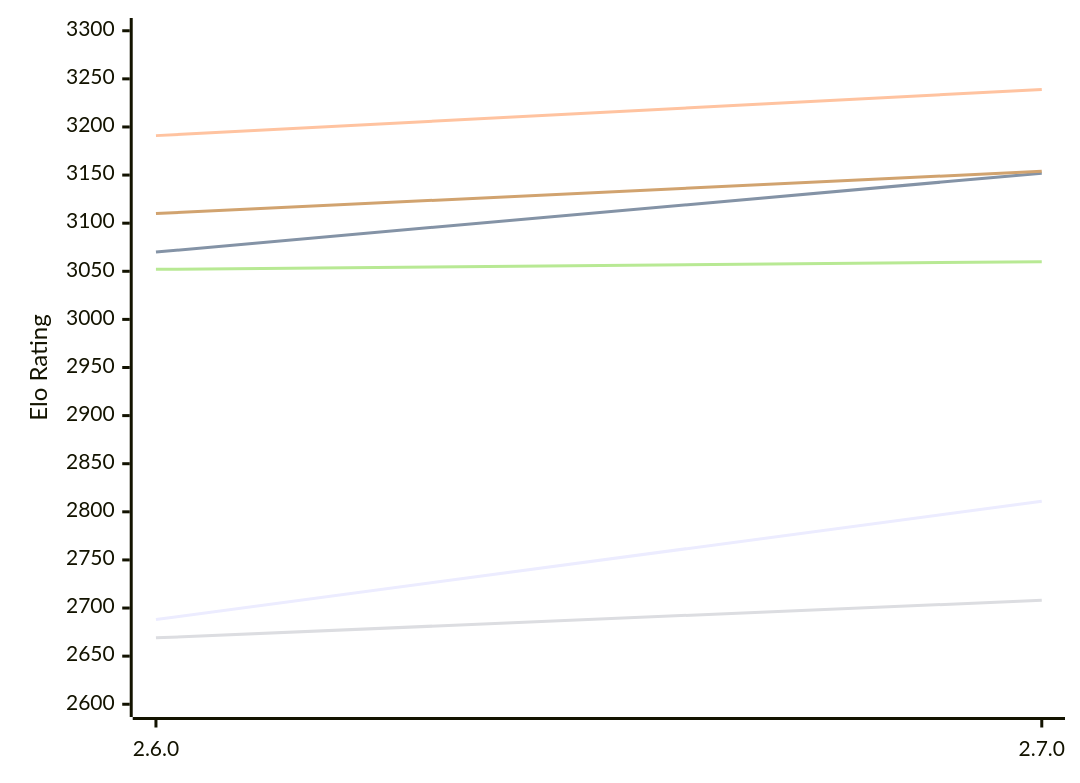
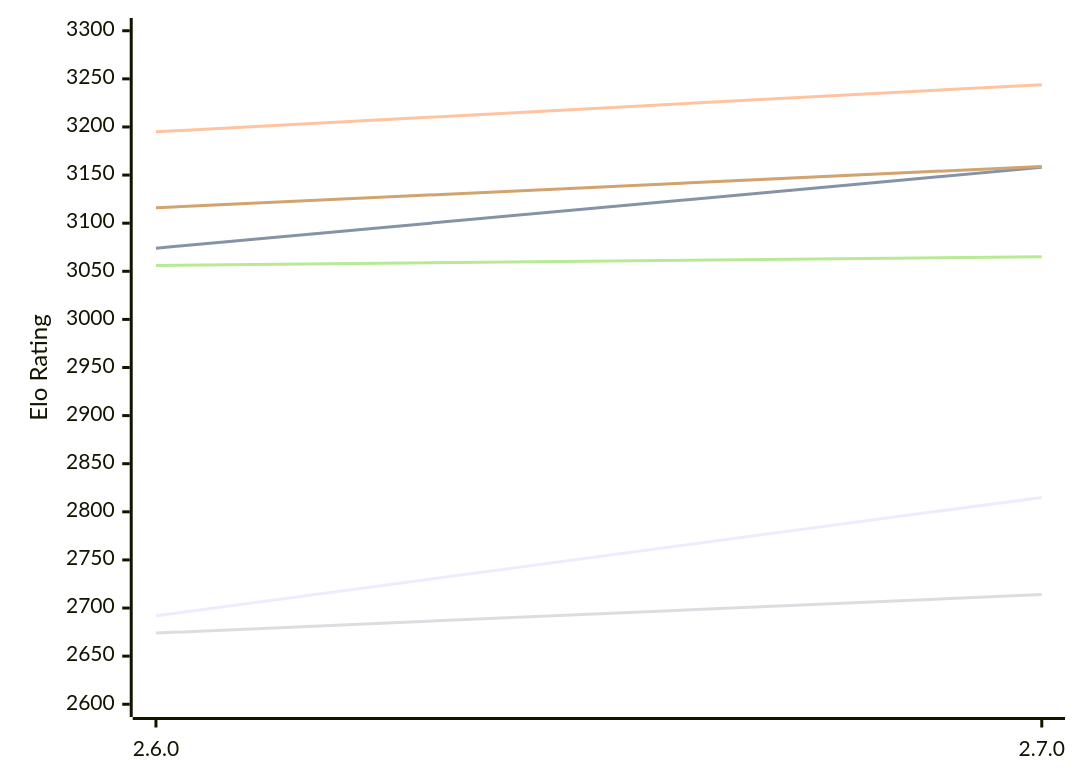
Before and after one commit to computer-chess-index/cci: the first of 2 diagrams in engines/Sturddle2.md, drawn with Mermaid. The commit also changed other lines of this file, not shown here.

Commit message:
Update CCI Ratings (ELO VLTC) - 2026-11-20

````diff
--- a/engines/Sturddle2.md
+++ b/engines/Sturddle2.md
@@ -51,12 +51,12 @@
 ```mermaid
 %%{init: {"theme":"base","themeVariables":{"seriesColors:['#a3a3a3','#222221','#faa371']}}}%%
 xychart-beta
   x-axis ["2.6.0", "2.7.0"]
   y-axis "Elo Rating" 2600 --> 3300
-  line "E1: STC (8.0+0.08s)" [2688, 2811]
-  line "E1: LTC (60.0+0.60s)" [3070, 3152]
-  line "E1: VLTC (2m24s+1.12s)" [3191, 3239]
-  line "P1: STC (8.0+0.08s)" [2669, 2708]
-  line "P1: LTC (60.0+0.60s)" [3052, 3060]
-  line "P1: VLTC (2m24s+1.12s)" [3110, 3154]
+  line "E1: STC (8.0+0.08s)" [2692, 2815]
+  line "E1: LTC (60.0+0.60s)" [3074, 3158]
+  line "E1: VLTC (2m24s+1.12s)" [3195, 3244]
+  line "P1: STC (8.0+0.08s)" [2674, 2714]
+  line "P1: LTC (60.0+0.60s)" [3056, 3065]
+  line "P1: VLTC (2m24s+1.12s)" [3116, 3159]
 ```
````
